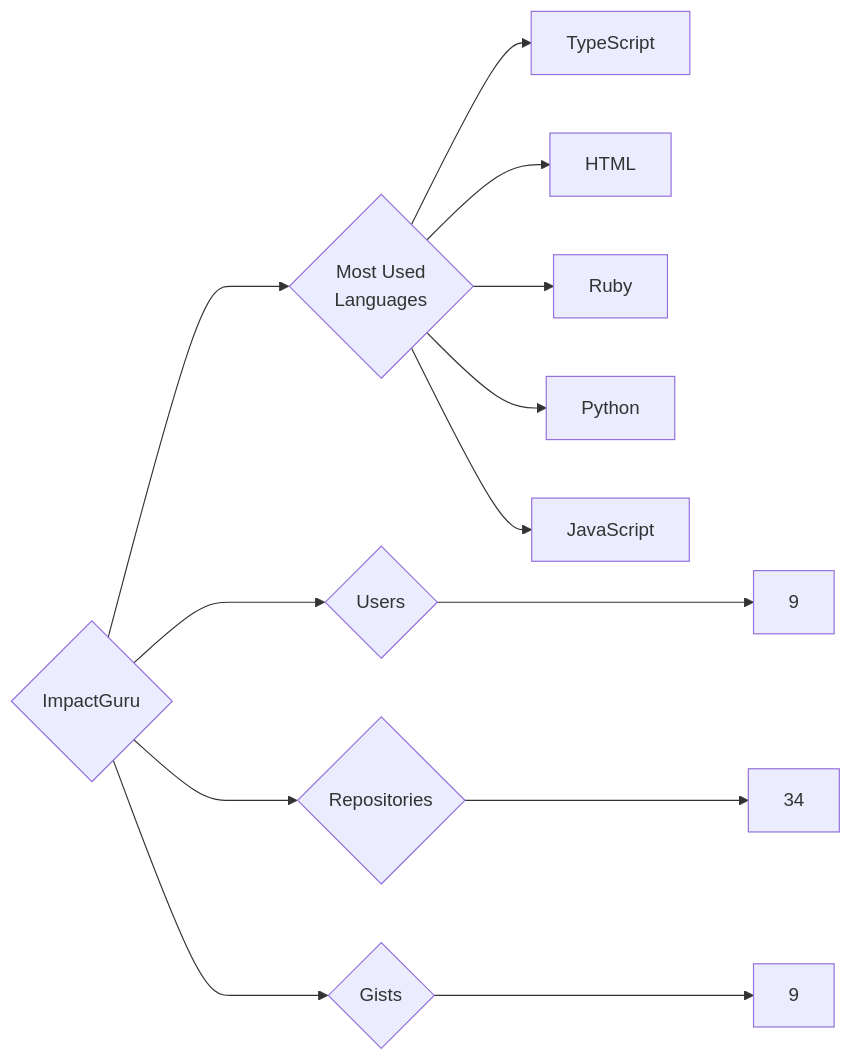
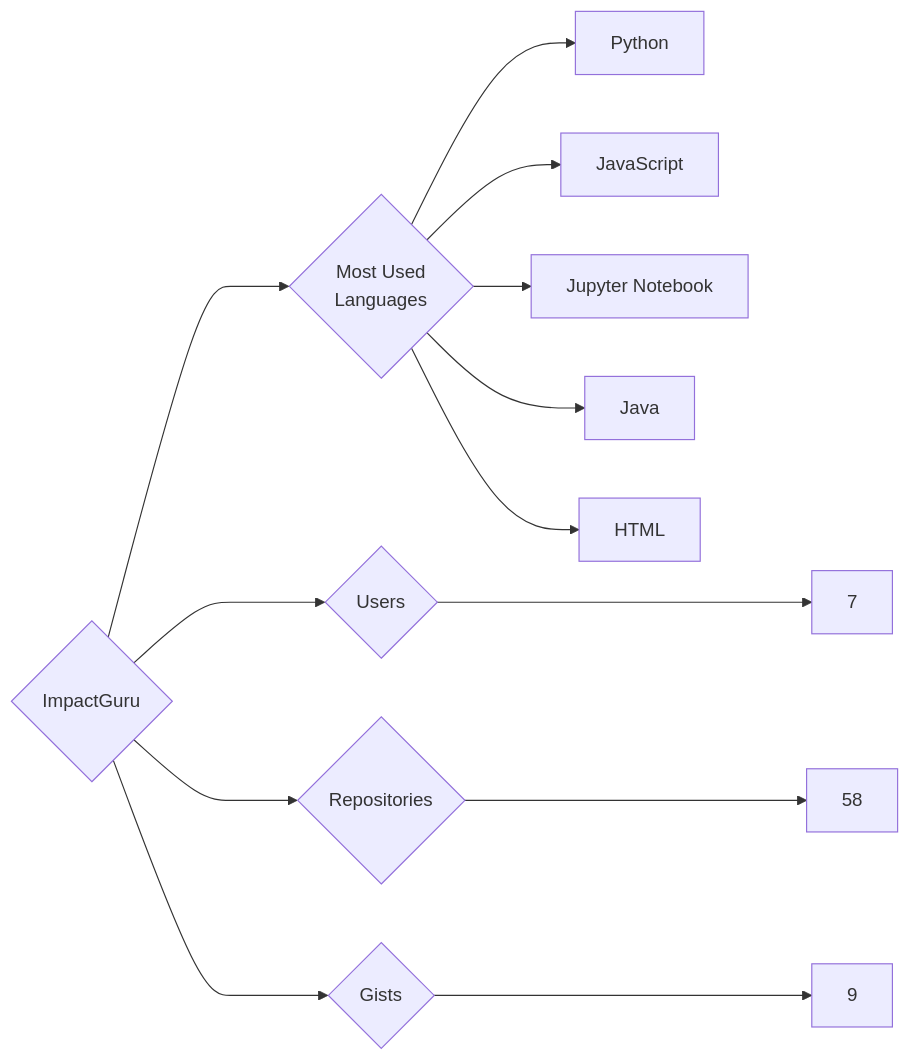
The diagram in targets/ImpactGuru/README.md (trickest/insiders), drawn with Mermaid before and after one commit. The commit also changed 688 other files, not shown here.

````diff
--- a/targets/ImpactGuru/README.md
+++ b/targets/ImpactGuru/README.md
@@ -3,13 +3,13 @@
 ```mermaid
 graph LR
 COMPANY_NAME{ImpactGuru}
-COMPANY_NAME ---> U{Users} ---> UN[9]
-COMPANY_NAME ---> R{Repositories} ---> RN[34]
+COMPANY_NAME ---> U{Users} ---> UN[7]
+COMPANY_NAME ---> R{Repositories} ---> RN[58]
 COMPANY_NAME ---> G{Gists} ---> GN[9]
 COMPANY_NAME ---> ML{Most Used<br>Languages}
-ML --> TypeScript[TypeScript]
-ML --> HTML[HTML]
-ML --> Ruby[Ruby]
 ML --> Python[Python]
 ML --> JavaScript[JavaScript]
+ML --> Jupyter_Notebook[Jupyter Notebook]
+ML --> Java[Java]
+ML --> HTML[HTML]
 ```
````
